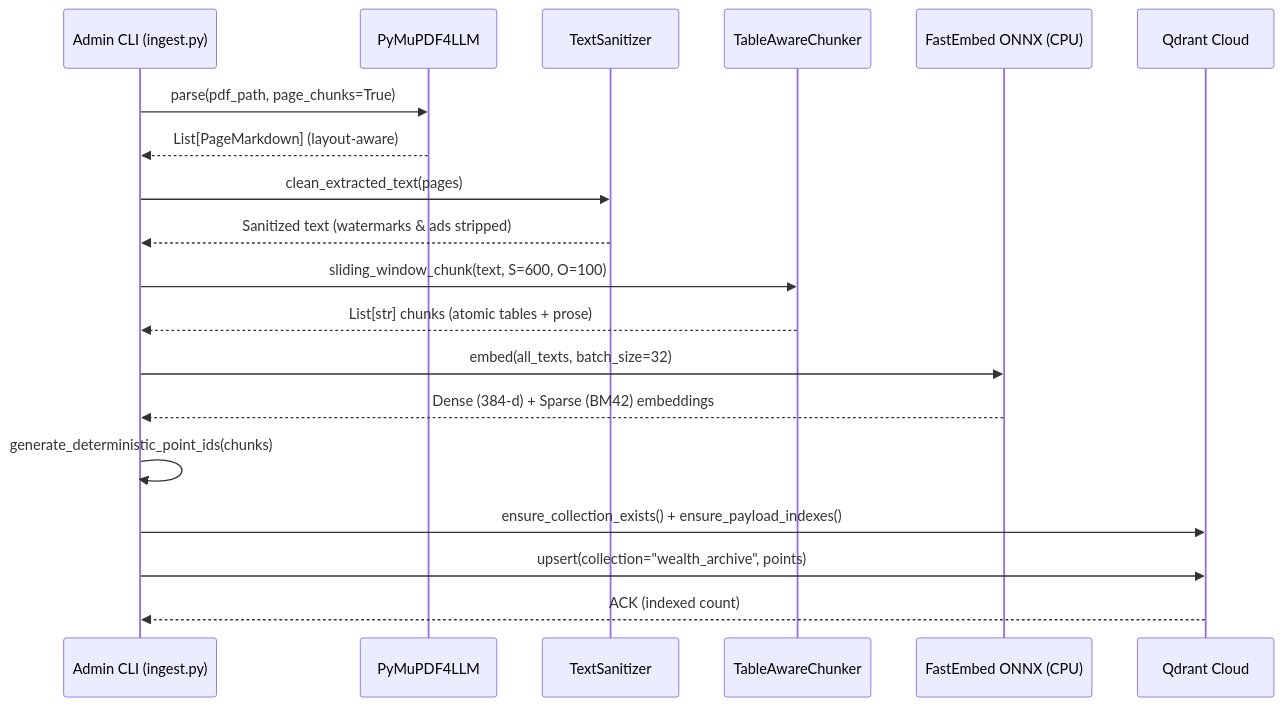
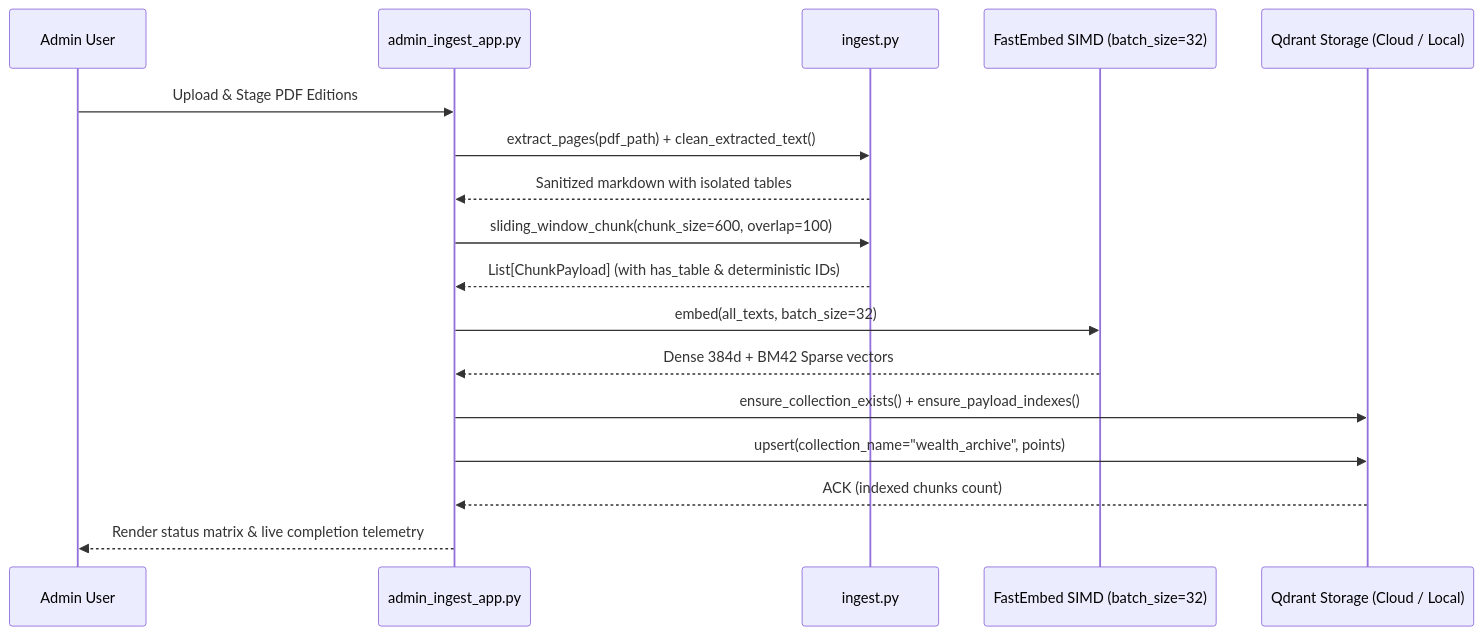
One commit to swaritbkp/wealth-chronicle-rag changed the second of 3 diagrams in mdfiles/TECH_SPEC.md. Above: the diagram before and after it, drawn with Mermaid. The commit also changed other lines of this file and 3 other files, not shown here.

Commit message:
docs: synchronize tech specs, README, and plan to reflect dual-plane architecture and telemetry

````diff
--- a/mdfiles/TECH_SPEC.md
+++ b/mdfiles/TECH_SPEC.md
@@ -53,22 +87,20 @@
 ```mermaid
 sequenceDiagram
-    participant Admin as Admin CLI (ingest.py)
-    participant PyMuPDF as PyMuPDF4LLM
-    participant Cleaner as TextSanitizer
-    participant Chunker as TableAwareChunker
-    participant FastEmbed as FastEmbed ONNX (CPU)
-    participant Qdrant as Qdrant Cloud
+    participant Admin as Admin User
+    participant Cockpit as admin_ingest_app.py
+    participant Ingest as ingest.py
+    participant FastEmbed as FastEmbed SIMD (batch_size=32)
+    participant Qdrant as Qdrant Storage (Cloud / Local)
 
-    Admin->>PyMuPDF: parse(pdf_path, page_chunks=True)
-    PyMuPDF-->>Admin: List[PageMarkdown] (layout-aware)
-    Admin->>Cleaner: clean_extracted_text(pages)
-    Cleaner-->>Admin: Sanitized text (watermarks & ads stripped)
-    Admin->>Chunker: sliding_window_chunk(text, S=600, O=100)
-    Chunker-->>Admin: List[str] chunks (atomic tables + prose)
-    Admin->>FastEmbed: embed(all_texts, batch_size=32)
-    FastEmbed-->>Admin: Dense (384-d) + Sparse (BM42) embeddings
-    Admin->>Admin: generate_deterministic_point_ids(chunks)
-    Admin->>Qdrant: ensure_collection_exists() + ensure_payload_indexes()
-    Admin->>Qdrant: upsert(collection="wealth_archive", points)
-    Qdrant-->>Admin: ACK (indexed count)
+    Admin->>Cockpit: Upload & Stage PDF Editions
+    Cockpit->>Ingest: extract_pages(pdf_path) + clean_extracted_text()
+    Ingest-->>Cockpit: Sanitized markdown with isolated tables
+    Cockpit->>Ingest: sliding_window_chunk(chunk_size=600, overlap=100)
+    Ingest-->>Cockpit: List[ChunkPayload] (with has_table & deterministic IDs)
+    Cockpit->>FastEmbed: embed(all_texts, batch_size=32)
+    FastEmbed-->>Cockpit: Dense 384d + BM42 Sparse vectors
+    Cockpit->>Qdrant: ensure_collection_exists() + ensure_payload_indexes()
+    Cockpit->>Qdrant: upsert(collection_name="wealth_archive", points)
+    Qdrant-->>Cockpit: ACK (indexed chunks count)
+    Cockpit-->>Admin: Render status matrix & live completion telemetry
 ```
````
